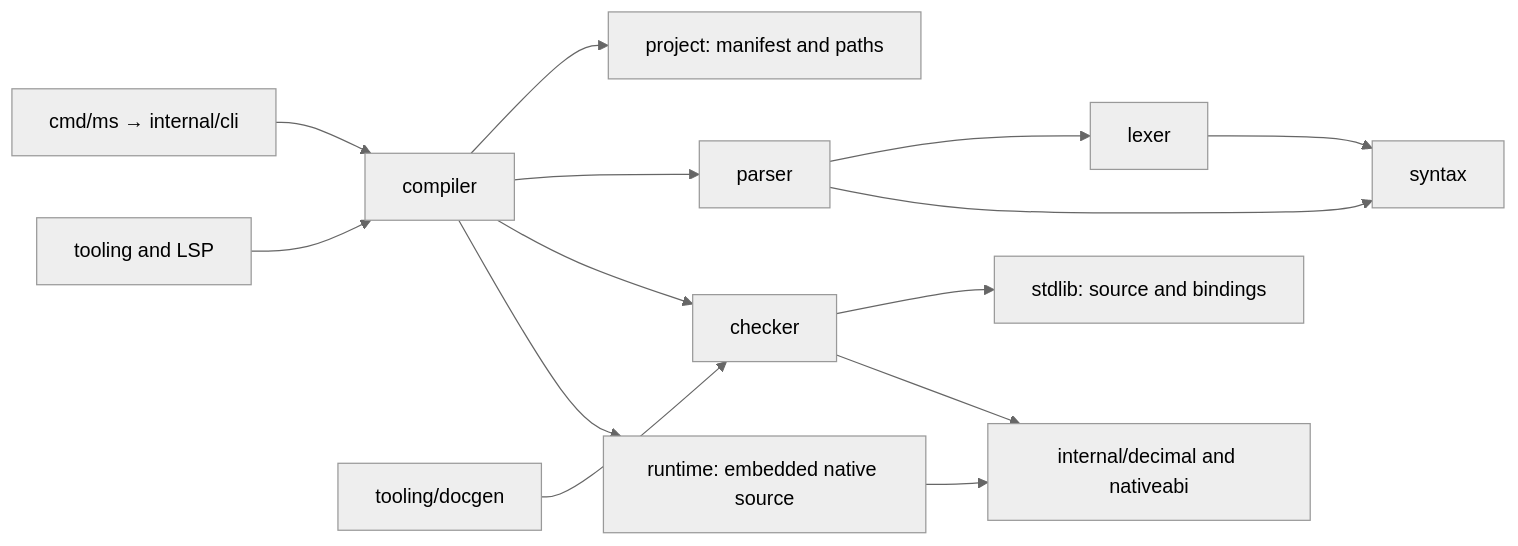
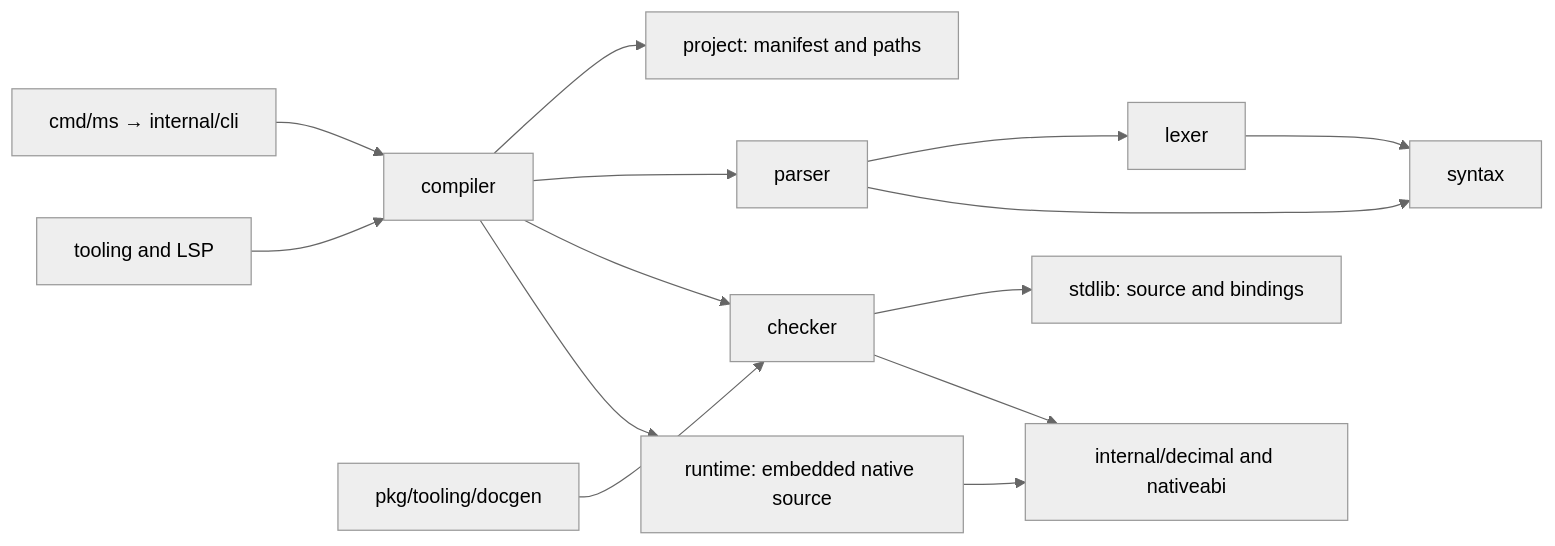
Before and after one commit to manuscript-lang/manuscript: the diagram in documentation/contributing/architecture.md, drawn with Mermaid (neutral theme). The commit also changed other lines of this file and 292 other files, not shown here.

````diff
--- a/documentation/contributing/architecture.md
+++ b/documentation/contributing/architecture.md
@@ -12,16 +14,16 @@
 ```mermaid
 flowchart LR
   CLI[cmd/ms → internal/cli] --> Compiler[compiler]
   Compiler --> Project[project: manifest and paths]
   Compiler --> Parser[parser]
   Parser --> Lexer[lexer]
   Lexer --> Syntax[syntax]
   Parser --> Syntax
   Compiler --> Checker[checker]
   Checker --> Stdlib[stdlib: source and bindings]
   Checker --> Facts[internal/decimal and nativeabi]
   Runtime --> Facts
   Compiler --> Runtime[runtime: embedded native source]
   Tools[tooling and LSP] --> Compiler
-  Docs[tooling/docgen] --> Checker
+  Docs[pkg/tooling/docgen] --> Checker
 ```
````
